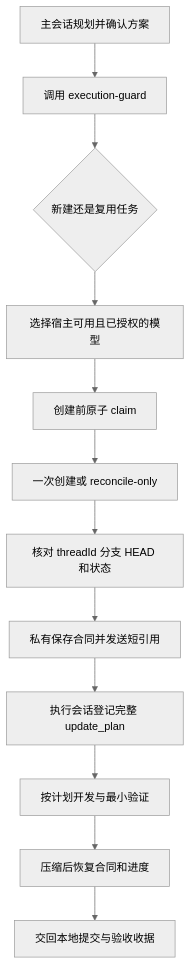
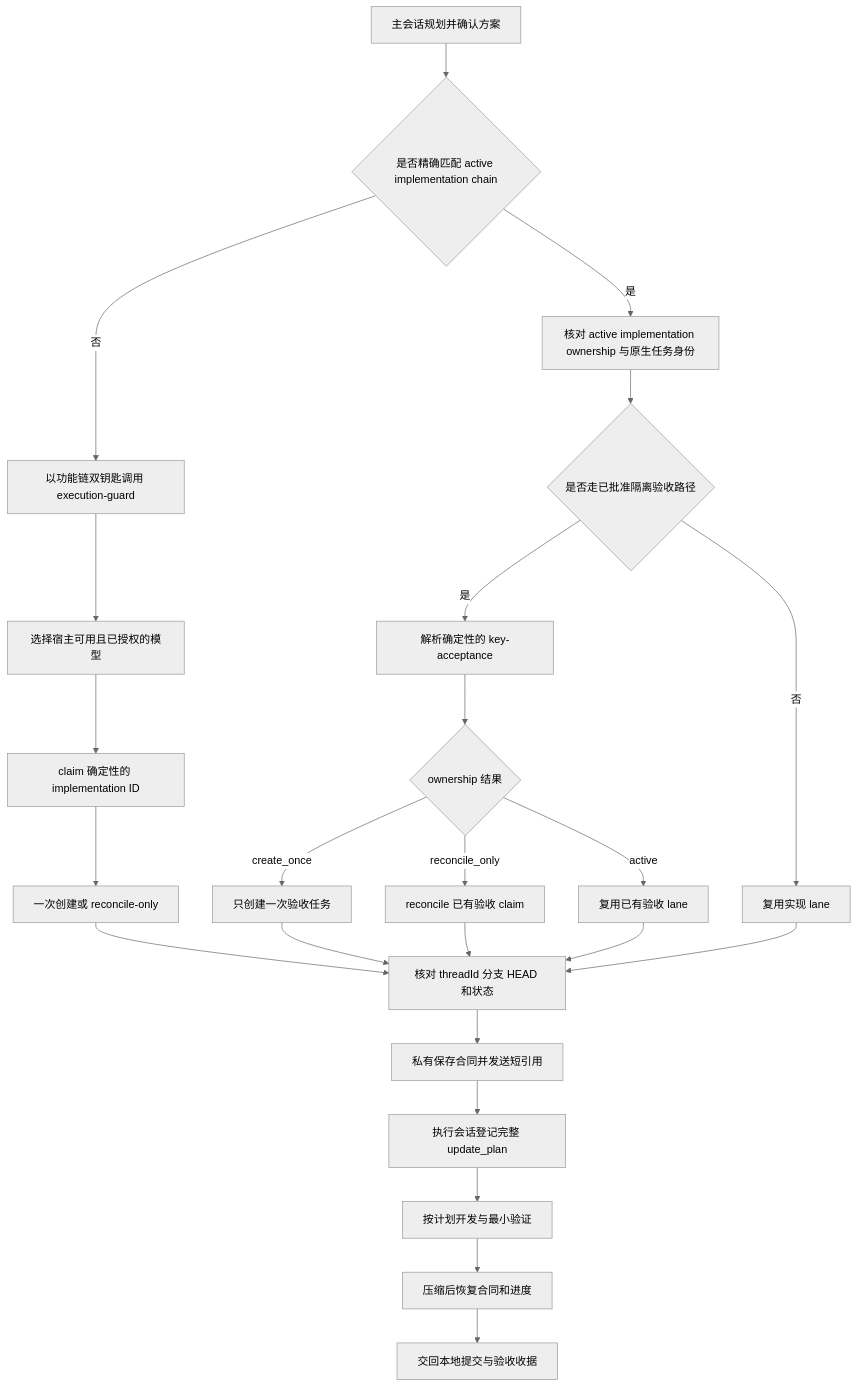
The diagram in README.md (AKin-lvyifang/codex-execution-guard), drawn with Mermaid (neutral theme) before and after one commit. The commit also changed other lines of this file and 8 other files, not shown here.

````diff
--- a/README.md
+++ b/README.md
@@ -79,14 +85,26 @@
 ```mermaid
 flowchart TD
-    A[主会话规划并确认方案] --> B[调用 execution-guard]
-    B --> C{新建还是复用任务}
+    A[主会话规划并确认方案] --> B{是否精确匹配 active implementation chain}
+    B -->|否| C[以功能链双钥匙调用 execution-guard]
     C --> D[选择宿主可用且已授权的模型]
-    D --> E[创建前原子 claim]
+    D --> E[claim 确定性的 implementation ID]
     E --> F[一次创建或 reconcile-only]
     F --> G[核对 threadId 分支 HEAD 和状态]
+    B -->|是| R[核对 active implementation ownership 与原生任务身份]
+    R --> Q{是否走已批准隔离验收路径}
+    Q -->|否| U[复用实现 lane]
+    Q -->|是| AC[解析确定性的 key-acceptance]
+    AC --> AR{ownership 结果}
+    AR -->|create_once| AT[只创建一次验收任务]
+    AR -->|reconcile_only| AQ[reconcile 已有验收 claim]
+    AR -->|active| AU[复用已有验收 lane]
+    AT --> G
+    AQ --> G
+    AU --> G
+    U --> G
     G --> X[私有保存合同并发送短引用]
     X --> H[执行会话登记完整 update_plan]
     H --> I[按计划开发与最小验证]
     I --> J[压缩后恢复合同和进度]
     J --> K[交回本地提交与验收收据]
 ```
````
